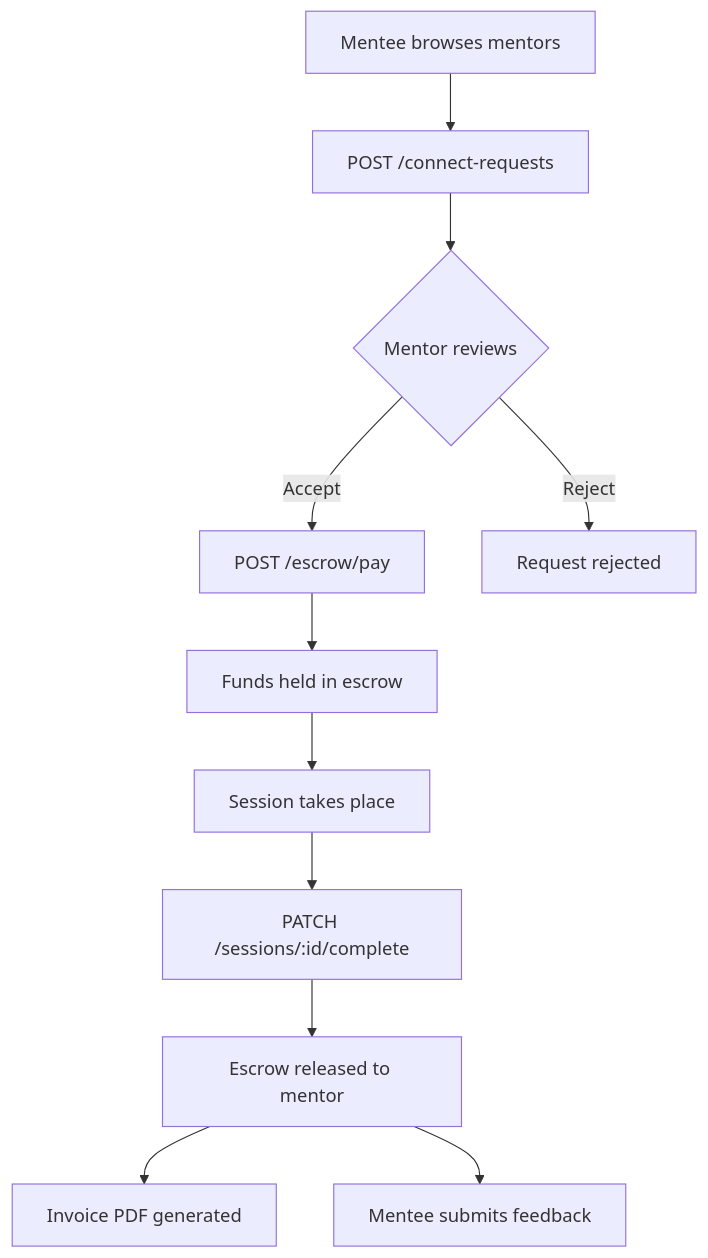
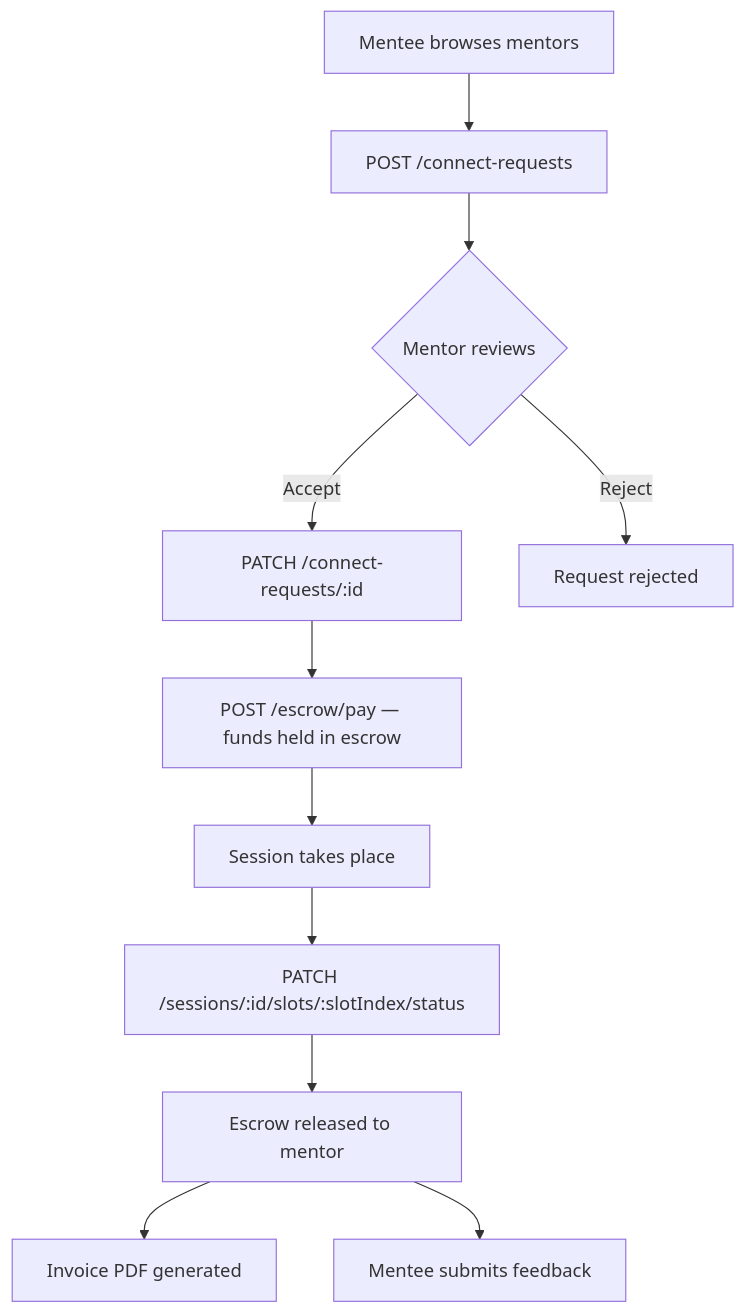
The fourth of 7 diagrams in README.md (shamaps/Leap_Mentor_Orbit_backend), drawn with Mermaid before and after one commit. The commit also changed other lines of this file and 303 other files, not shown here.

````diff
--- a/README.md
+++ b/README.md
@@ -205,13 +222,13 @@
 ```mermaid
 flowchart TD
     A[Mentee browses mentors] --> B[POST /connect-requests]
     B --> C{Mentor reviews}
-    C -->|Accept| D[POST /escrow/pay]
+    C -->|Accept| D[PATCH /connect-requests/:id]
     C -->|Reject| E[Request rejected]
-    D --> F[Funds held in escrow]
+    D --> F[POST /escrow/pay — funds held in escrow]
     F --> G[Session takes place]
-    G --> H[PATCH /sessions/:id/complete]
+    G --> H[PATCH /sessions/:id/slots/:slotIndex/status]
     H --> I[Escrow released to mentor]
     I --> J[Invoice PDF generated]
     I --> K[Mentee submits feedback]
 ```
````
